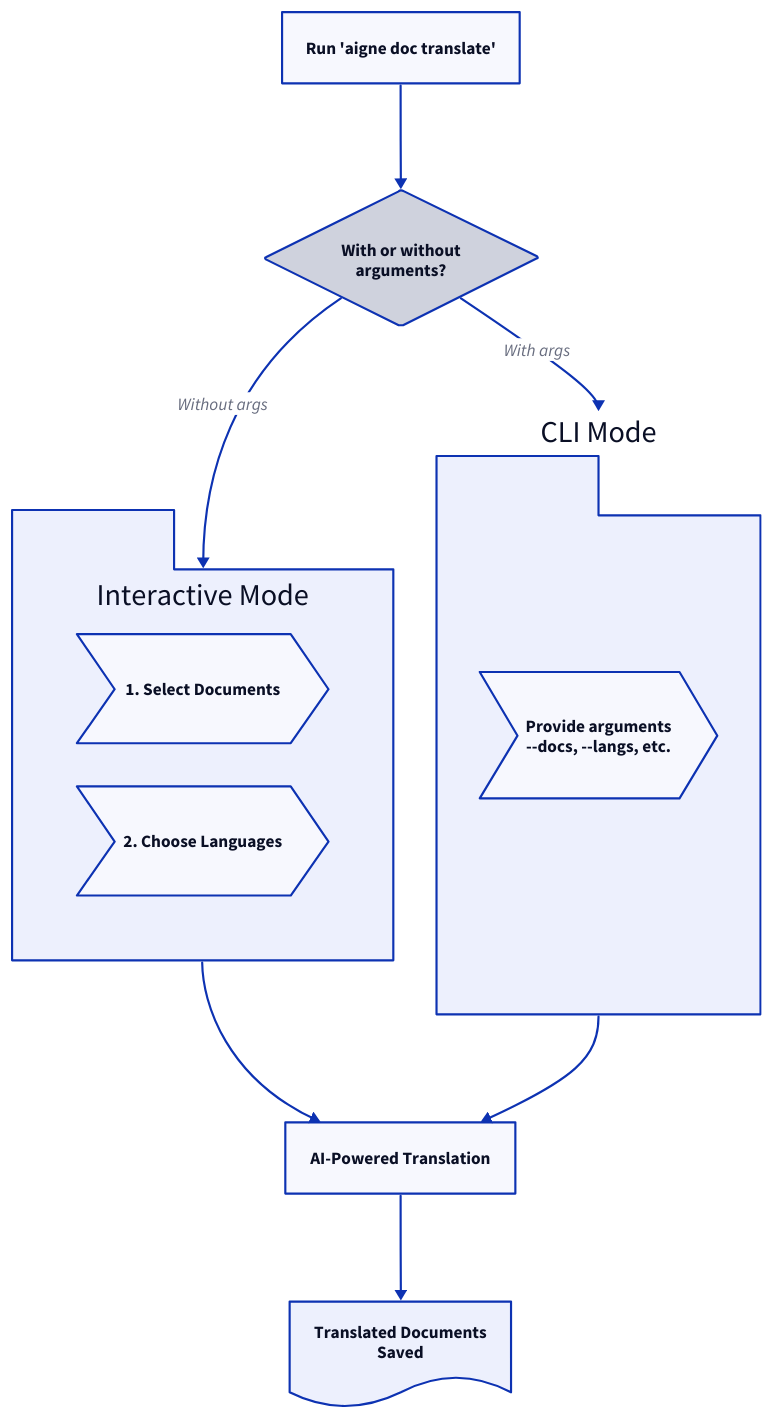
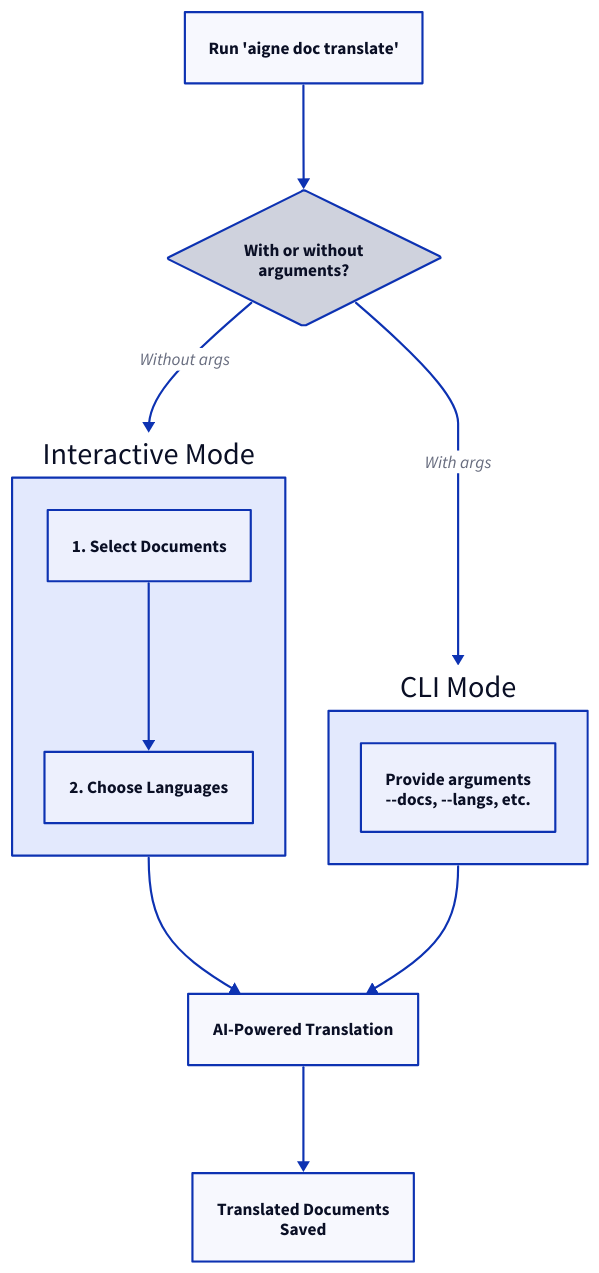
The diagram in docs/features-translate-documentation.md (AIGNE-io/aigne-doc-smith), drawn with D2 before and after one commit. The commit also changed other lines of this file and 35 other files, not shown here.

````diff
--- a/docs/features-translate-documentation.md
+++ b/docs/features-translate-documentation.md
@@ -13,55 +9,55 @@
 ```d2
 direction: down
 
 start: {
   label: "Run 'aigne doc translate'"
   shape: rectangle
 }
 
 interactive_vs_cli: {
   label: "With or without\narguments?"
   shape: diamond
 }
 
 interactive_path: {
   label: "Interactive Mode"
-  shape: package
-  grid-columns: 1
+  shape: rectangle
 
   select_docs: {
     label: "1. Select Documents"
-    shape: step
+    shape: rectangle
   }
   select_langs: {
     label: "2. Choose Languages"
-    shape: step
+    shape: rectangle
   }
+  select_docs -> select_langs
 }
 
 cli_path: {
   label: "CLI Mode"
-  shape: package
+  shape: rectangle
 
   flags: {
     label: "Provide arguments\n--docs, --langs, etc."
-    shape: step
+    shape: rectangle
   }
 }
 
 ai_translation: {
   label: "AI-Powered Translation"
   shape: rectangle
 }
 
 end: {
   label: "Translated Documents\nSaved"
-  shape: document
+  shape: rectangle
 }
 
 start -> interactive_vs_cli
 interactive_vs_cli -> interactive_path: "Without args"
 interactive_vs_cli -> cli_path: "With args"
 interactive_path -> ai_translation
 cli_path -> ai_translation
 ai_translation -> end
 ```
````
